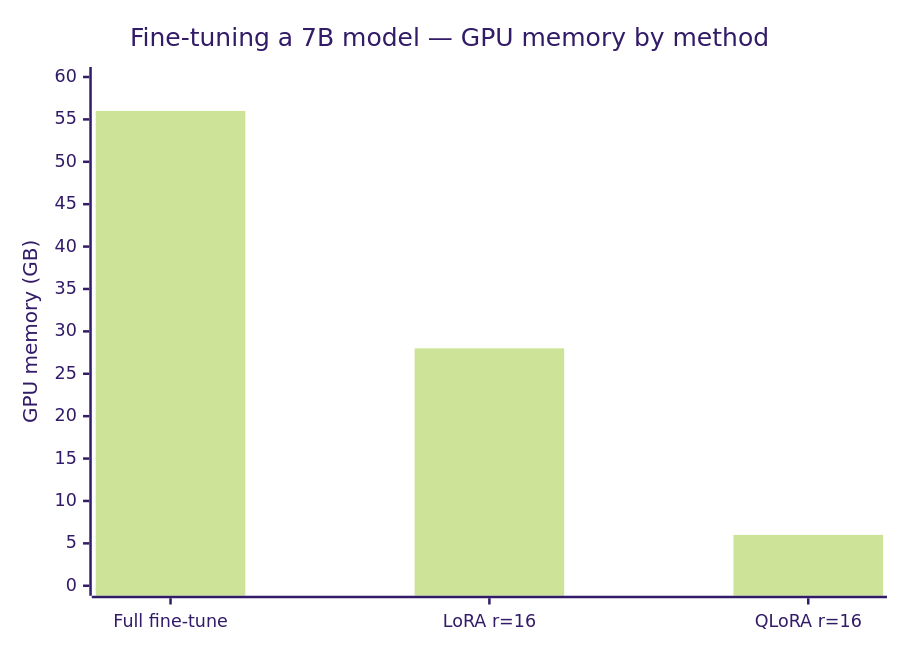
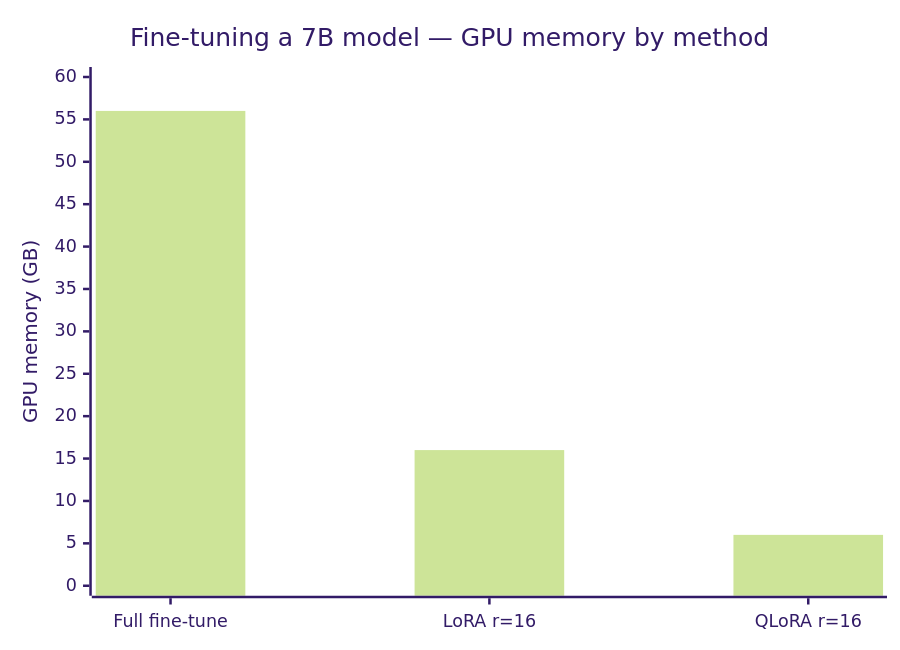
Before and after one commit to rppol/system-design: the second of 3 diagrams in src/main/java/com/rutik/systemdesign/llm/fine_tuning/README.md, drawn with Mermaid (forest theme). The commit also changed other lines of this file and 113 other files, not shown here.

````diff
--- a/src/main/java/com/rutik/systemdesign/llm/fine_tuning/README.md
+++ b/src/main/java/com/rutik/systemdesign/llm/fine_tuning/README.md
@@ -296,7 +297,7 @@
 ```mermaid
 xychart-beta
     title "Fine-tuning a 7B model — GPU memory by method"
     x-axis ["Full fine-tune", "LoRA r=16", "QLoRA r=16"]
     y-axis "GPU memory (GB)" 0 --> 60
-    bar [56, 28, 6]
+    bar [56, 16, 6]
 ```
````
